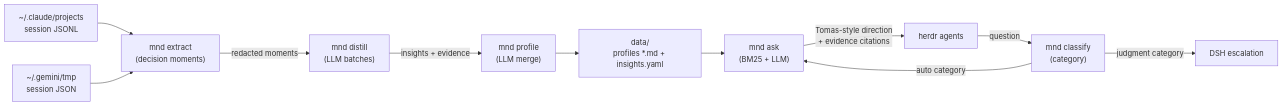
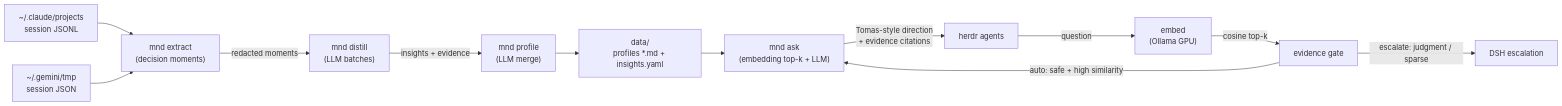
The diagram in project-management/MND-mind-model/PROJECT.md (topolik/tomas-mead-hall), drawn with Mermaid before and after one commit. The commit also changed other lines of this file and 2 other files, not shown here.

Commit message:
[MND] iteration 11 implementation log + review presentation

````diff
--- a/project-management/MND-mind-model/PROJECT.md
+++ b/project-management/MND-mind-model/PROJECT.md
@@ -15,13 +15,14 @@
 ```mermaid
 graph LR
     C["~/.claude/projects<br/>session JSONL"] --> E["mnd extract<br/>(decision moments)"]
     G["~/.gemini/tmp<br/>session JSON"] --> E
     E -->|redacted moments| D["mnd distill<br/>(LLM batches)"]
     D -->|insights + evidence| P["mnd profile<br/>(LLM merge)"]
     P --> B["data/<br/>profiles *.md + insights.yaml"]
-    H["herdr agents"] -->|question| CL["mnd classify<br/>(category)"]
-    CL -->|"auto category"| A["mnd ask<br/>(BM25 + LLM)"]
-    CL -->|"judgment category"| DSH["DSH escalation"]
+    H["herdr agents"] -->|question| EMB["embed<br/>(Ollama GPU)"]
+    EMB -->|cosine top-k| GATE["evidence gate"]
+    GATE -->|"auto: safe + high similarity"| A["mnd ask<br/>(embedding top-k + LLM)"]
+    GATE -->|"escalate: judgment / sparse"| DSH["DSH escalation"]
     B --> A
     A -->|Tomas-style direction<br/>+ evidence citations| H
 ```
````
